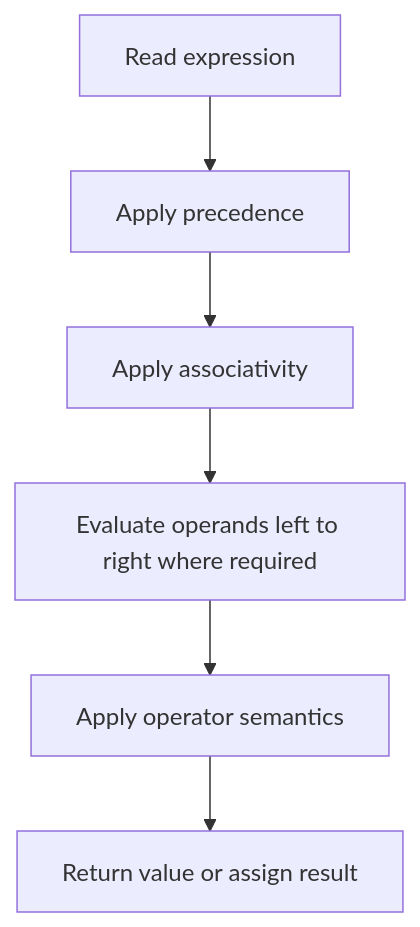
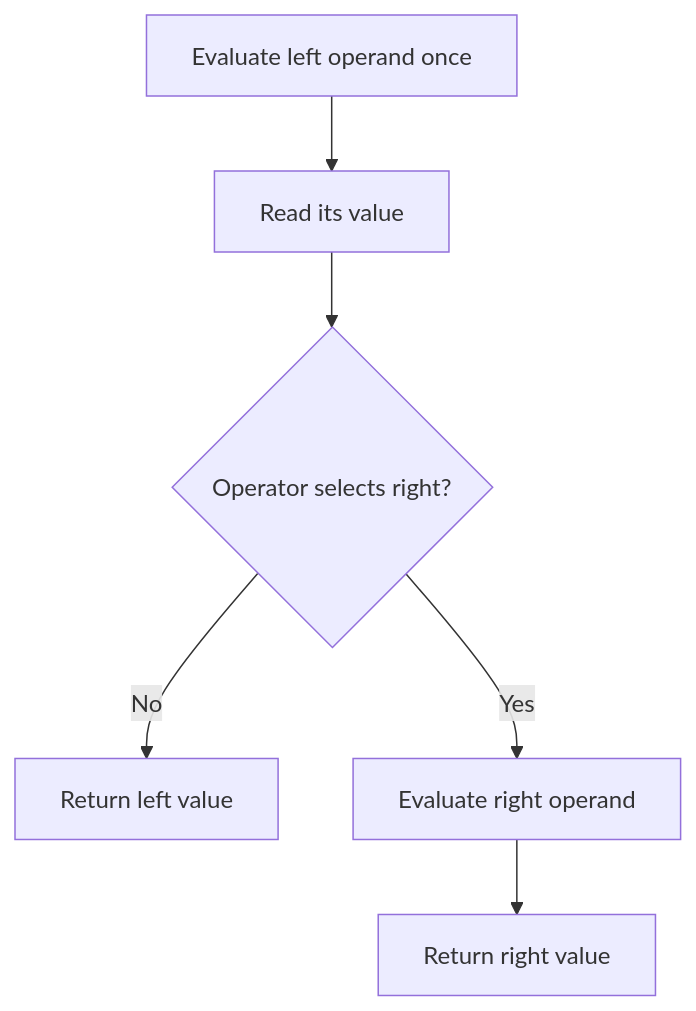
Before and after one commit to st0107/javascript-mastery-book: the first of 2 diagrams in docs/volume-1/chapter-03/03-internal-working.md, drawn with Mermaid. The commit also changed other lines of this file and 138 other files, not shown here.

````diff
--- a/docs/volume-1/chapter-03/03-internal-working.md
+++ b/docs/volume-1/chapter-03/03-internal-working.md
@@ -24,8 +13,8 @@
 ```mermaid
 flowchart TD
-  A[Read expression] --> B[Apply precedence]
-  B --> C[Apply associativity]
-  C --> D[Evaluate operands left to right where required]
-  D --> E[Apply operator semantics]
-  E --> F[Return value or assign result]
+  A["Evaluate left operand once"] --> B["Read its value"]
+  B --> C{"Operator selects right?"}
+  C -->|"No"| D["Return left value"]
+  C -->|"Yes"| E["Evaluate right operand"]
+  E --> F["Return right value"]
 ```
````
